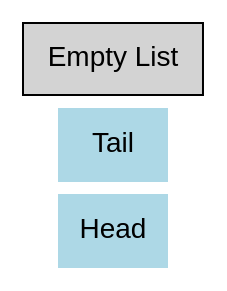
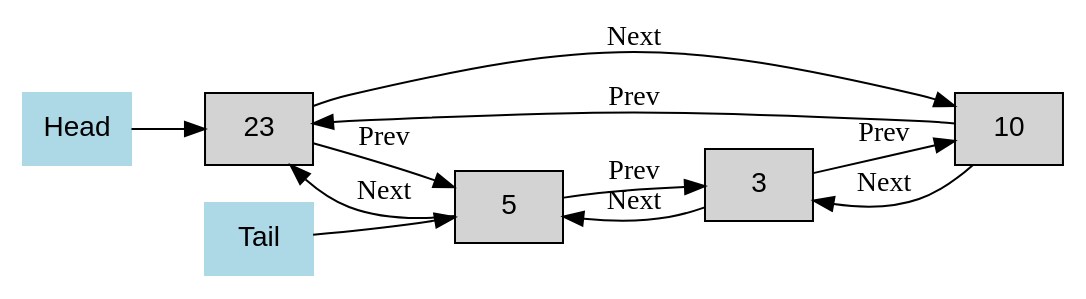
The diagram in utils/graphviz/doublyCircularList.dot (HenryD11703/estructuras-de-datos), drawn with Graphviz before and after one commit. The commit also changed 5 other files, not shown here.

```diff
--- a/utils/graphviz/doublyCircularList.dot
+++ b/utils/graphviz/doublyCircularList.dot
@@ -1,8 +1,21 @@
 digraph g {
 node [shape=box, style=filled, fontname="Helvetica"];
 Head [label="Head",color=lightblue, fillcolor=lightblue];
 Tail [label="Tail",color=lightblue, fillcolor=lightblue];
-"Empty List"
+Head ->"0x6535094a1d10"
+Tail ->"0x6535094a1ad0"
+"0x6535094a1d10"[label="23"];
+"0x6535094a1d10"->"0x6535094a1cf0"[label="Next", color=black]
+"0x6535094a1d10"->"0x6535094a1ad0"[label="Prev", color=black]
+"0x6535094a1cf0"[label="10"];
+"0x6535094a1cf0"->"0x6535094a1cd0"[label="Next", color=black]
+"0x6535094a1cf0"->"0x6535094a1d10"[label="Prev", color=black]
+"0x6535094a1cd0"[label="3"];
+"0x6535094a1cd0"->"0x6535094a1ad0"[label="Next", color=black]
+"0x6535094a1cd0"->"0x6535094a1cf0"[label="Prev", color=black]
+"0x6535094a1ad0"[label="5"];
+"0x6535094a1ad0"->"0x6535094a1d10"[label="Next", color=black]
+"0x6535094a1ad0"->"0x6535094a1cd0"[label="Prev", color=black]
 rankdir=LR;
 nodesep = 0.1
 }
```
